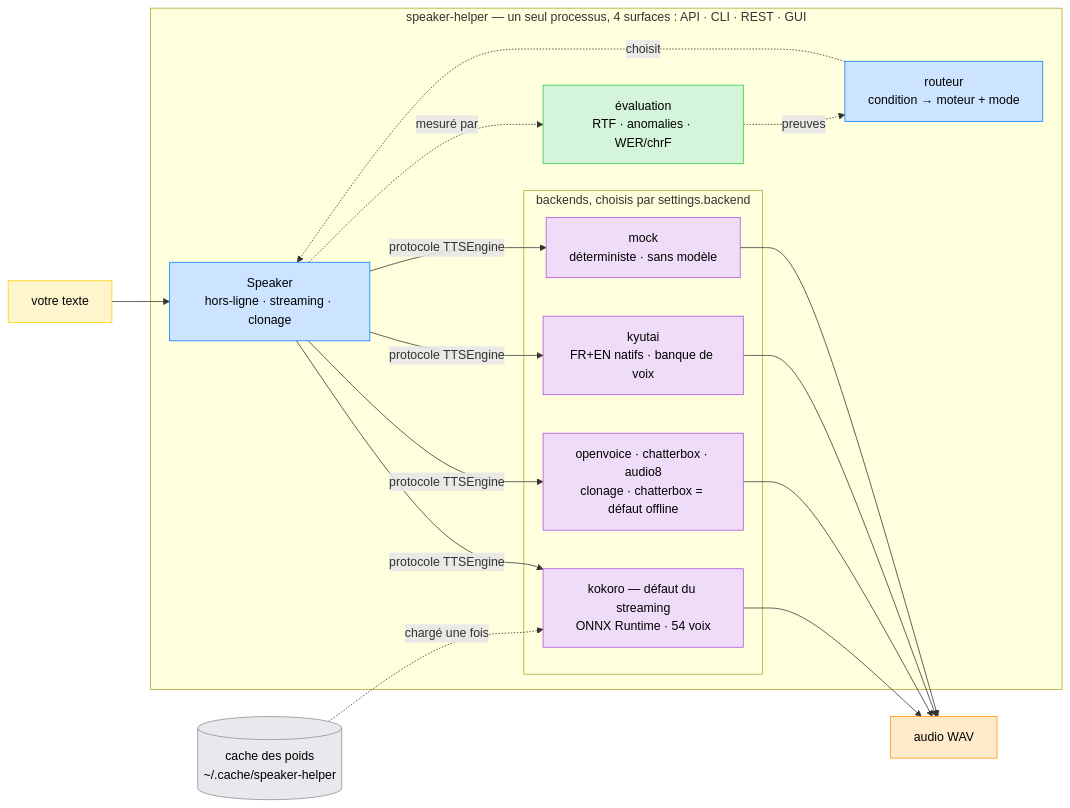
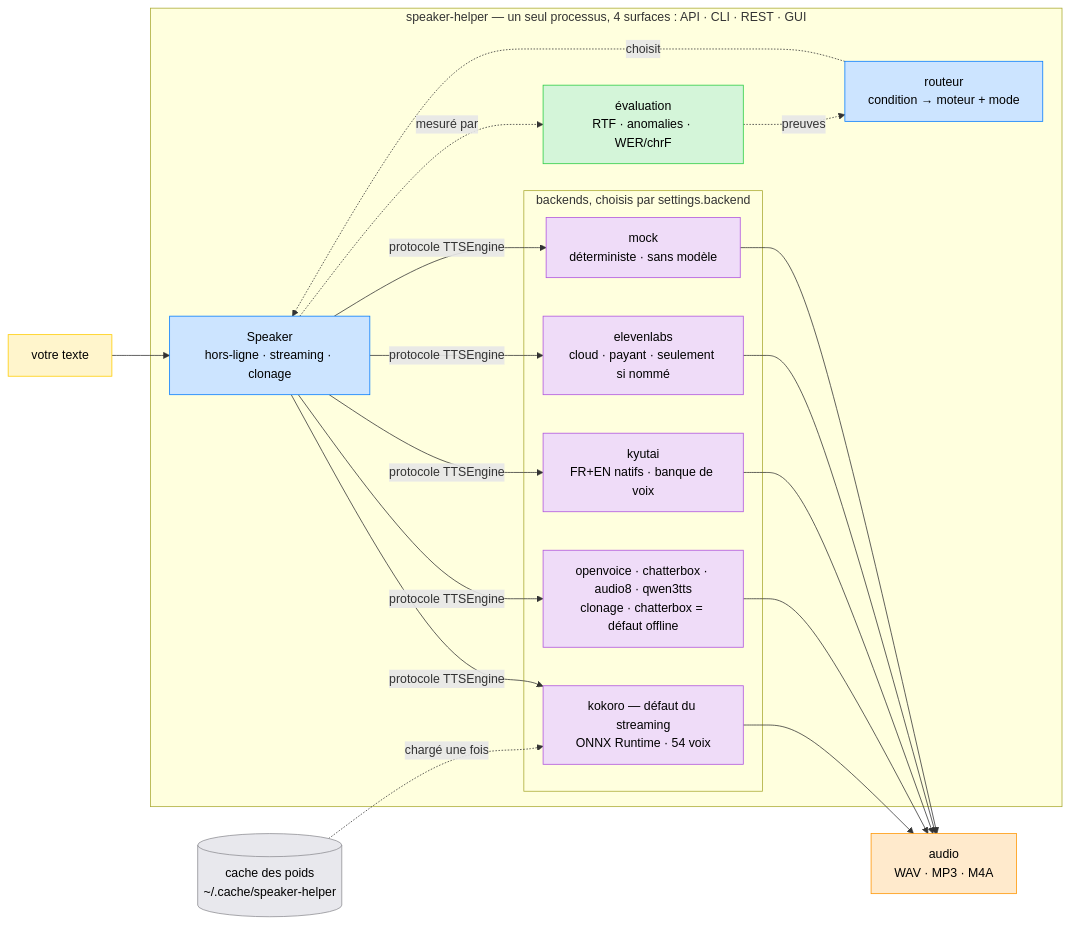
One commit to warith-harchaoui/speaker-helper changed the diagram in LISEZMOI.md. Above: the diagram before and after it, drawn with Mermaid. The commit also changed other lines of this file and 9 other files, not shown here.

````diff
--- a/LISEZMOI.md
+++ b/LISEZMOI.md
@@ -99,38 +99,41 @@
 ```mermaid
 flowchart LR
     text["votre texte"]:::input
     subgraph SH["speaker-helper — un seul processus, 4 surfaces : API · CLI · REST · GUI"]
         speaker["Speaker<br/>hors-ligne · streaming · clonage"]:::core
         router["routeur<br/>condition → moteur + mode"]:::core
         eval["évaluation<br/>RTF · anomalies · WER/chrF"]:::eval
         subgraph BE["backends, choisis par settings.backend"]
             kokoro["kokoro — défaut du streaming<br/>ONNX Runtime · 54 voix"]:::engine
-            clone["openvoice · chatterbox · audio8<br/>clonage · chatterbox = défaut offline"]:::engine
+            clone["openvoice · chatterbox · audio8 · qwen3tts<br/>clonage · chatterbox = défaut offline"]:::engine
             kyutai["kyutai<br/>FR+EN natifs · banque de voix"]:::engine
+            cloud["elevenlabs<br/>cloud · payant · seulement si nommé"]:::engine
             mock["mock<br/>déterministe · sans modèle"]:::engine
         end
     end
     weights[("cache des poids<br/>~/.cache/speaker-helper")]:::store
-    audio["audio WAV"]:::output
+    audio["audio<br/>WAV · MP3 · M4A"]:::output
 
     text --> speaker
     router -.->|choisit| speaker
     speaker -- "protocole TTSEngine" --> kokoro
     speaker -- "protocole TTSEngine" --> clone
     speaker -- "protocole TTSEngine" --> kyutai
+    speaker -- "protocole TTSEngine" --> cloud
     speaker -- "protocole TTSEngine" --> mock
     weights -.->|chargé une fois| kokoro
     kokoro --> audio
     clone --> audio
     kyutai --> audio
+    cloud --> audio
     mock --> audio
     speaker -.->|mesuré par| eval
     eval -.->|preuves| router
 
     classDef input fill:#FFF5CC,stroke:#FFCC00,color:#000000
     classDef core fill:#CCE4FF,stroke:#007AFF,color:#000000
     classDef eval fill:#D4F5D9,stroke:#28CD41,color:#000000
     classDef engine fill:#EFDCF8,stroke:#AF52DE,color:#000000
     classDef store fill:#E8E8ED,stroke:#8E8E93,color:#000000
     classDef output fill:#FFEACC,stroke:#FF9500,color:#000000
 ```
````
